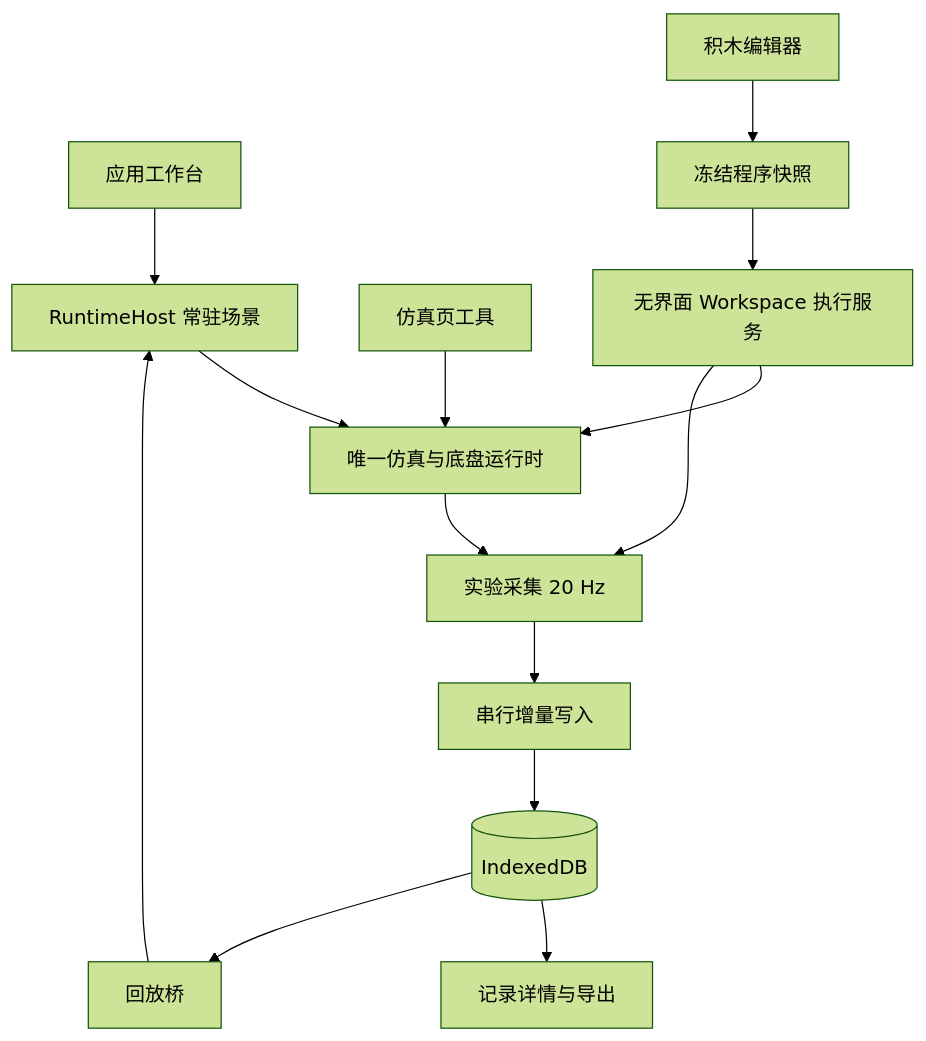
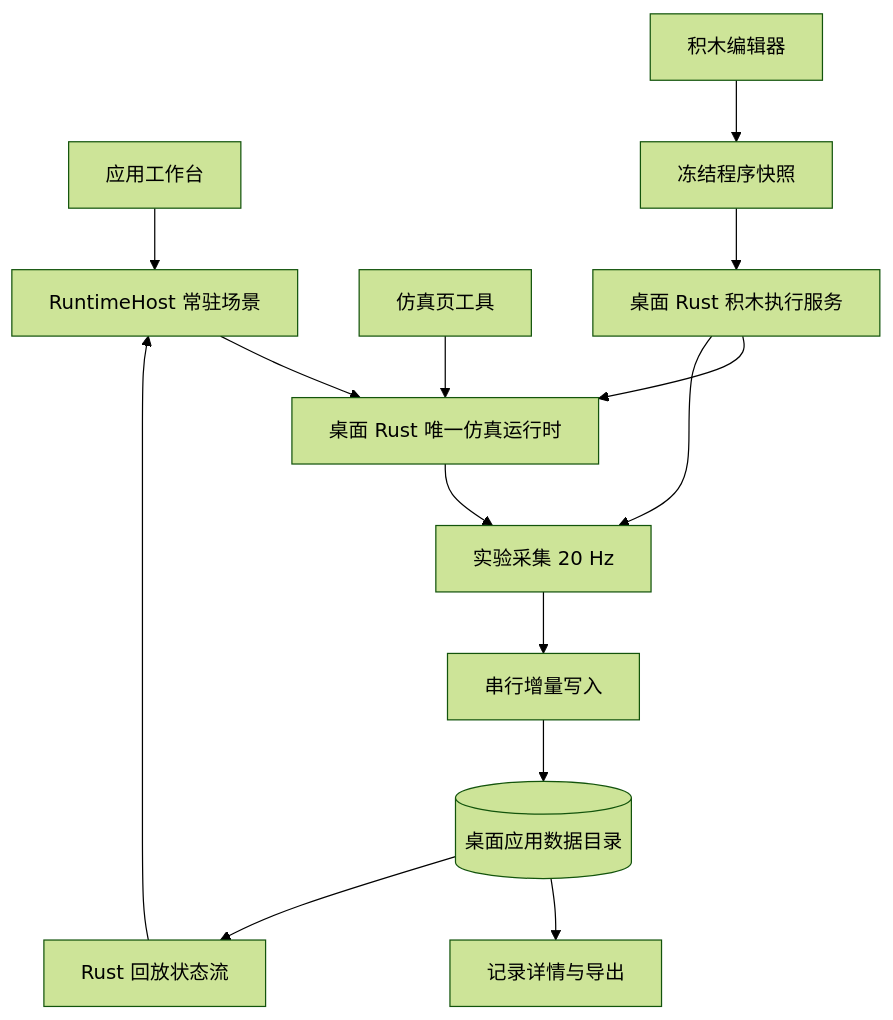
One commit to Linmoqian/claw changed the diagram in docs/development/unified-workbench.md. Above: the diagram before and after it, drawn with Mermaid (forest theme). The commit also changed other lines of this file and 13 other files, not shown here.

````diff
--- a/docs/development/unified-workbench.md
+++ b/docs/development/unified-workbench.md
@@ -41,16 +41,16 @@
 ```mermaid
 flowchart TD
   App[应用工作台] --> Host[RuntimeHost 常驻场景]
-  Studio[仿真页工具] --> Runtime[唯一仿真与底盘运行时]
+  Studio[仿真页工具] --> Runtime[桌面 Rust 唯一仿真运行时]
   Host --> Runtime
   Editor[积木编辑器] --> Snapshot[冻结程序快照]
-  Snapshot --> Runner[无界面 Workspace 执行服务]
+  Snapshot --> Runner[桌面 Rust 积木执行服务]
   Runner --> Runtime
   Runtime --> Capture[实验采集 20 Hz]
   Runner --> Capture
   Capture --> Journal[串行增量写入]
-  Journal --> DB[(IndexedDB)]
+  Journal --> DB[(桌面应用数据目录)]
   DB --> Detail[记录详情与导出]
-  DB --> Replay[回放桥]
+  DB --> Replay[Rust 回放状态流]
   Replay --> Host
 ```
````
